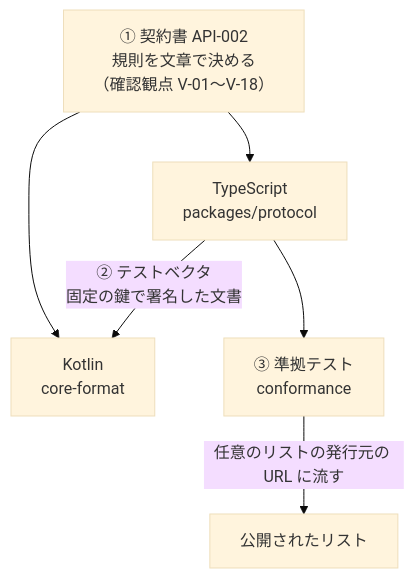
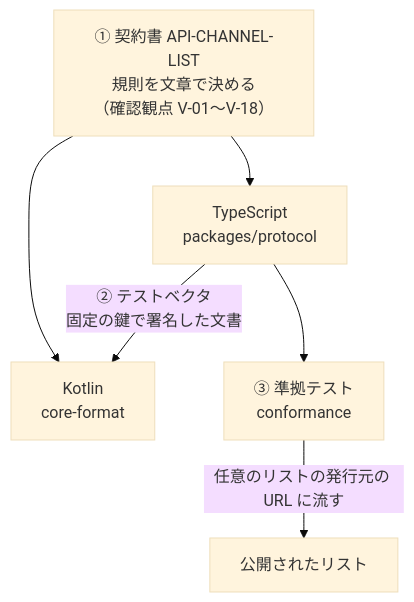
One commit to duwenji/yorisoi-tutorial changed the diagram in 06-trust/06-same-rules.md. Above: the diagram before and after it, drawn with Mermaid (base theme). The commit also changed other lines of this file and 32 other files, not shown here.

````diff
--- a/06-trust/06-same-rules.md
+++ b/06-trust/06-same-rules.md
@@ -31,9 +31,9 @@
 ```mermaid
 flowchart TB
-    C["① 契約書 API-002<br/>規則を文章で決める<br/>（確認観点 V-01〜V-18）"]
+    C["① 契約書 API-CHANNEL-LIST<br/>規則を文章で決める<br/>（確認観点 V-01〜V-18）"]
     C --> TS["TypeScript<br/>packages/protocol"]
     C --> KT["Kotlin<br/>core-format"]
     TS -->|"② テストベクタ<br/>固定の鍵で署名した文書"| KT
     TS --> CF["③ 準拠テスト<br/>conformance"]
     CF -->|任意のリストの発行元の URL に流す| ANY["公開されたリスト"]
 ```
````
